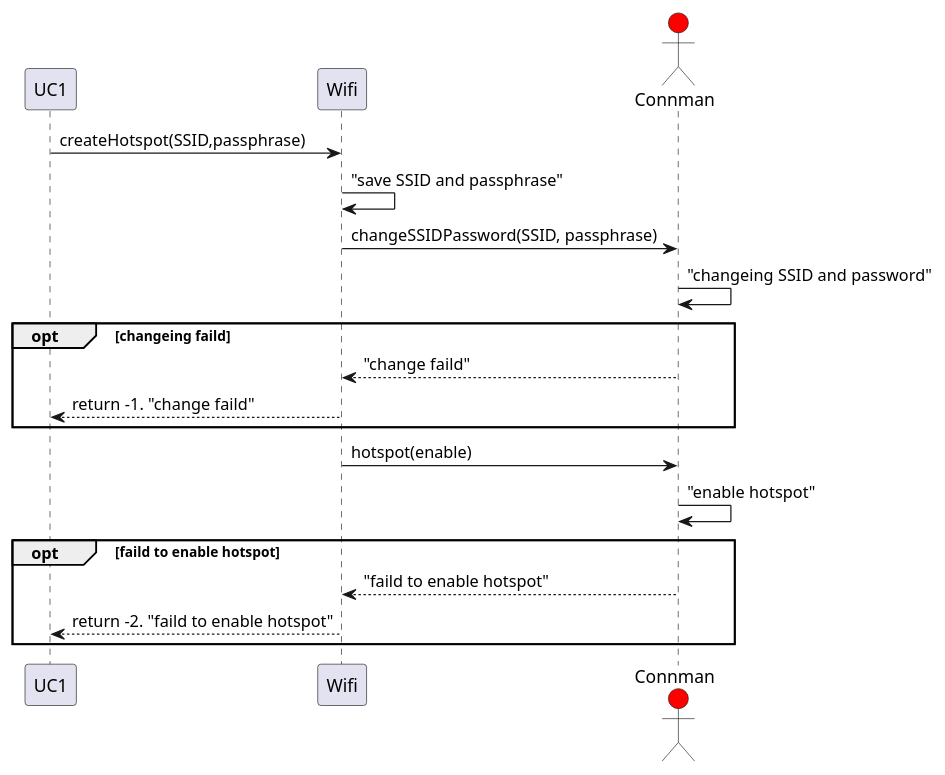
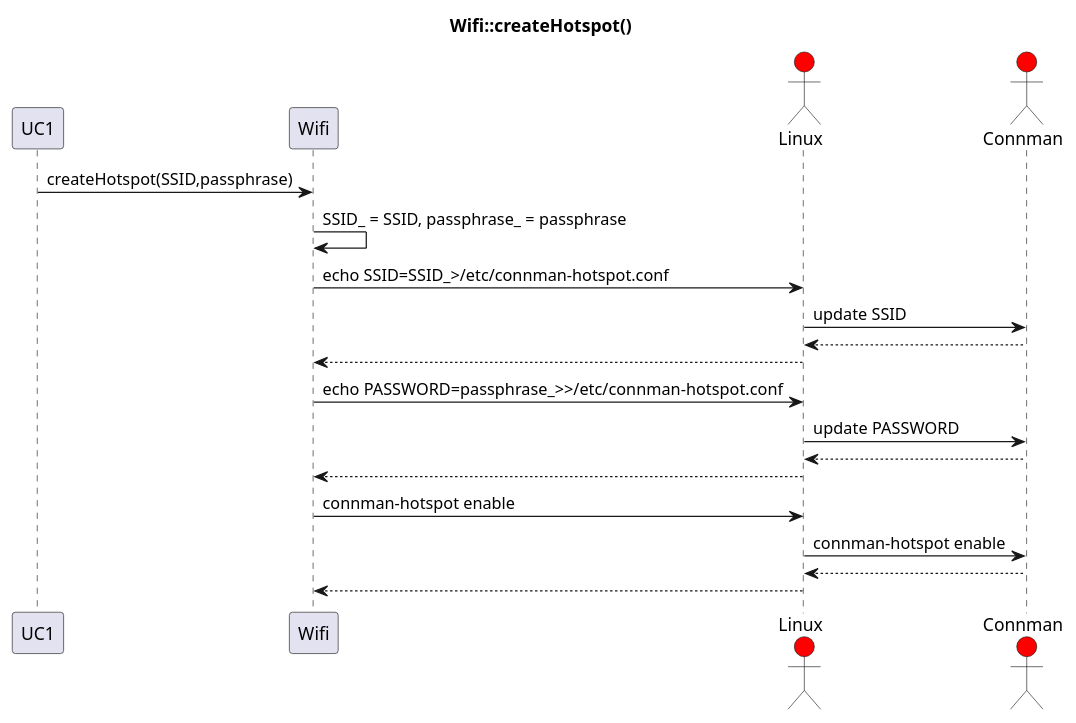
Before and after one commit to Solvgraa-mager/E3PRJ3: the diagram in Diagrammer/Robo_Sumo_Battle/Communication/Sekvensdiagrammer/Wifi/Wifi_createHotspot.plantuml, drawn with PlantUML. The commit also changed 7 other files, not shown here.

Commit message:
TCP, Wifi sekvensdiagrammer update

```diff
--- a/Diagrammer/Robo_Sumo_Battle/Communication/Sekvensdiagrammer/Wifi/Wifi_createHotspot.plantuml
+++ b/Diagrammer/Robo_Sumo_Battle/Communication/Sekvensdiagrammer/Wifi/Wifi_createHotspot.plantuml
@@ -1,21 +1,25 @@
 @startuml
+title Wifi::createHotspot()
 participant UC1
 participant Wifi
+actor Linux #red
 actor Connman #red
 
 UC1 -> Wifi : createHotspot(SSID,passphrase)
-Wifi -> Wifi : "save SSID and passphrase"
-Wifi -> Connman : changeSSIDPassword(SSID, passphrase)
-Connman -> Connman : "changeing SSID and password"
-opt changeing faild
-    Connman --> Wifi : "change faild"
-    Wifi --> UC1 : return -1. "change faild"
-end
-Wifi -> Connman : hotspot(enable)
-Connman -> Connman : "enable hotspot"
-opt faild to enable hotspot
-    Connman --> Wifi : "faild to enable hotspot"
-    Wifi --> UC1 : return -2. "faild to enable hotspot"
-end
+Wifi -> Wifi : SSID_ = SSID, passphrase_ = passphrase
+Wifi -> Linux : echo SSID=SSID_>/etc/connman-hotspot.conf
+Linux -> Connman : update SSID
+Linux <-- Connman
+Wifi <-- Linux
+
+Wifi -> Linux : echo PASSWORD=passphrase_>>/etc/connman-hotspot.conf
+Linux -> Connman : update PASSWORD
+Linux <-- Connman
+Wifi <-- Linux
+
+Wifi -> Linux : connman-hotspot enable
+Linux -> Connman : connman-hotspot enable
+Linux <-- Connman
+Wifi <-- Linux
 
 @enduml
```
